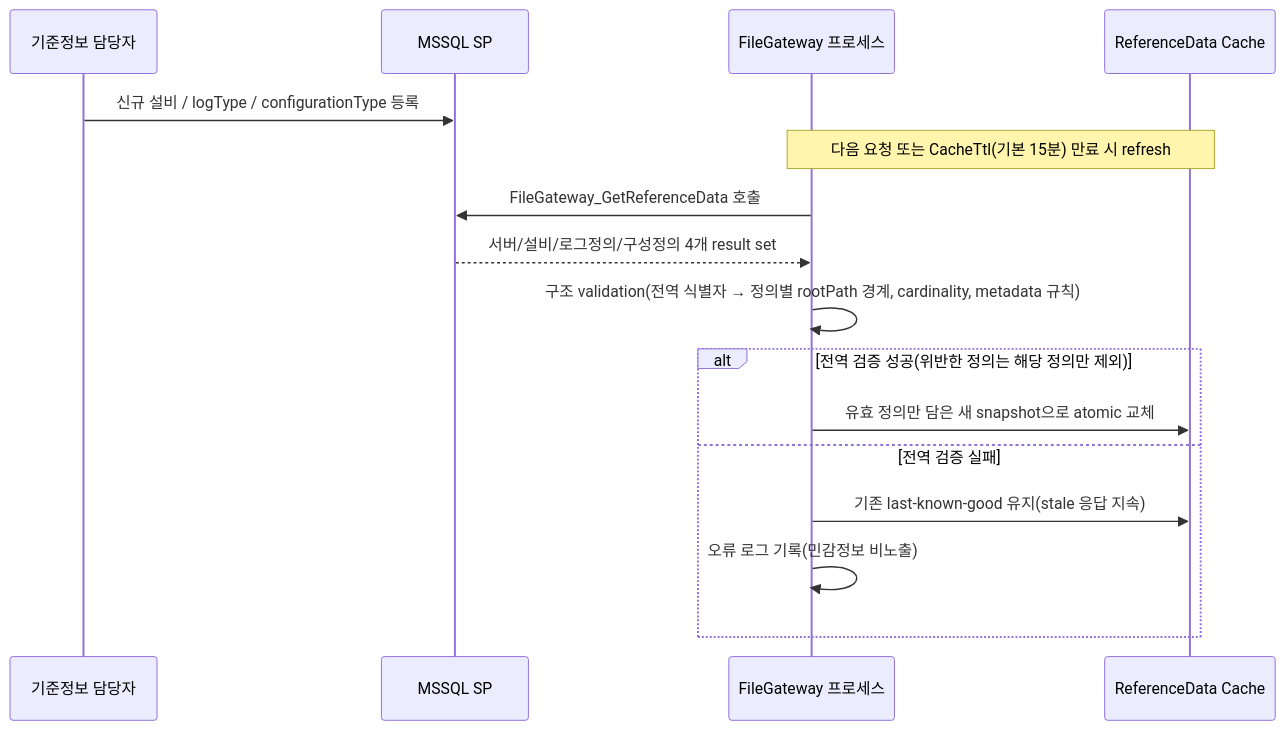
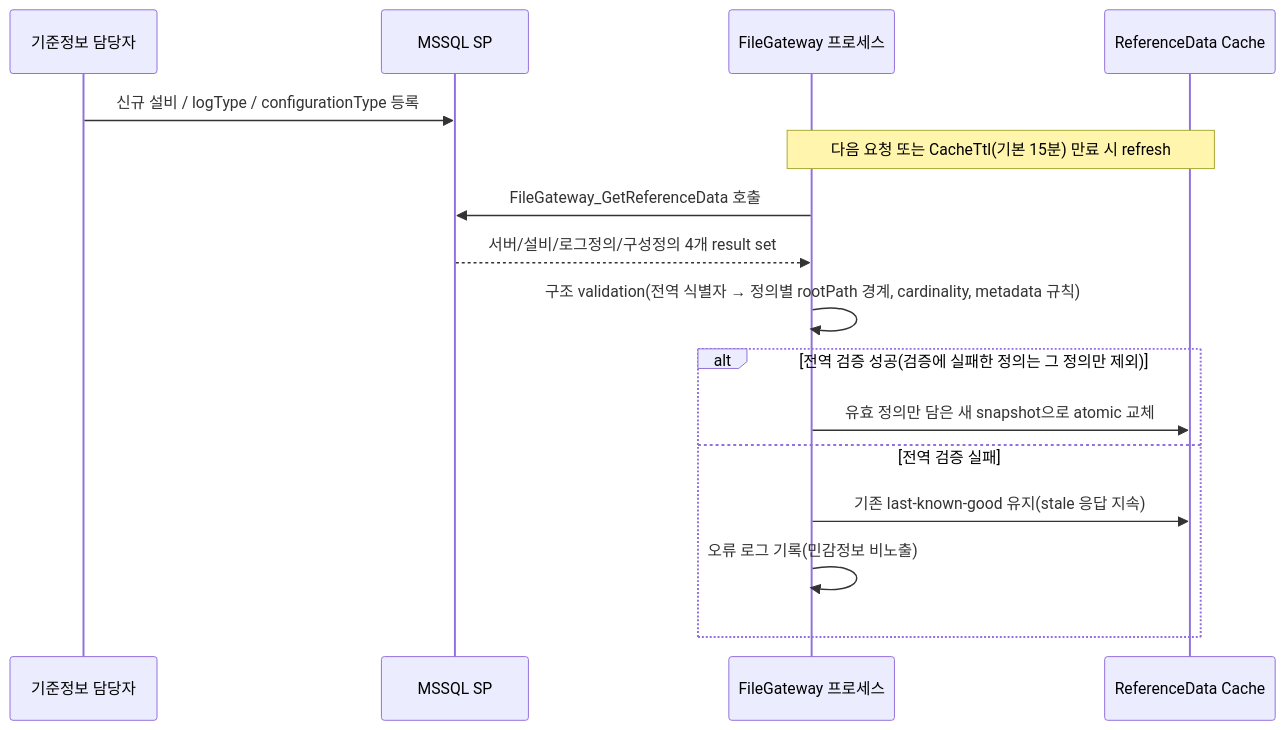
Before and after one commit to hjung3113/FileGateway: the second of 5 diagrams in README.md, drawn with Mermaid. The commit also changed other lines of this file and 6 other files, not shown here.

````diff
--- a/README.md
+++ b/README.md
@@ -173,19 +173,19 @@
 ```mermaid
 sequenceDiagram
     participant Op as 기준정보 담당자
     participant SP as MSSQL SP
     participant GW as FileGateway 프로세스
     participant Cache as ReferenceData Cache
 
     Op->>SP: 신규 설비 / logType / configurationType 등록
     Note over GW,Cache: 다음 요청 또는 CacheTtl(기본 15분) 만료 시 refresh
     GW->>SP: FileGateway_GetReferenceData 호출
     SP-->>GW: 서버/설비/로그정의/구성정의 4개 result set
     GW->>GW: 구조 validation(전역 식별자 → 정의별 rootPath 경계, cardinality, metadata 규칙)
-    alt 전역 검증 성공(위반한 정의는 해당 정의만 제외)
+    alt 전역 검증 성공(검증에 실패한 정의는 그 정의만 제외)
         GW->>Cache: 유효 정의만 담은 새 snapshot으로 atomic 교체
     else 전역 검증 실패
         GW->>Cache: 기존 last-known-good 유지(stale 응답 지속)
         GW->>GW: 오류 로그 기록(민감정보 비노출)
     end
 ```
````
